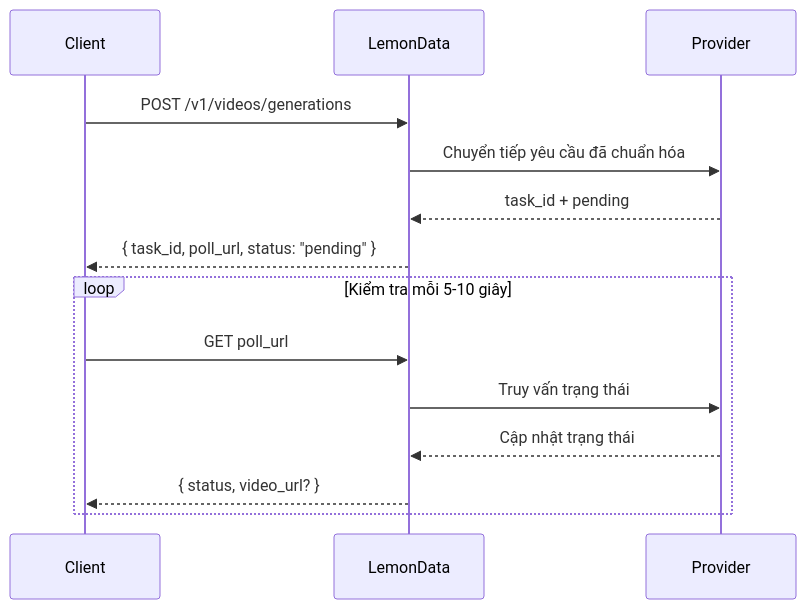
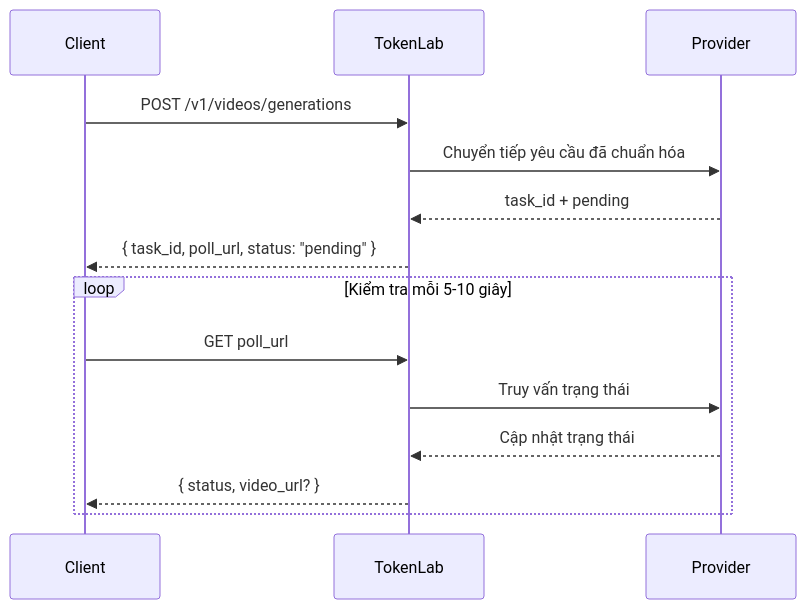
The diagram in vi/guides/video-generation.mdx (hedging8563/lemondata-docs), drawn with Mermaid before and after one commit. The commit also changed other lines of this file and 858 other files, not shown here.

````diff
--- a/vi/guides/video-generation.mdx
+++ b/vi/guides/video-generation.mdx
@@ -24,18 +24,18 @@
 ```mermaid
 sequenceDiagram
     participant Client
-    participant LemonData
+    participant TokenLab
     participant Provider
 
-    Client->>LemonData: POST /v1/videos/generations
-    LemonData->>Provider: Chuyển tiếp yêu cầu đã chuẩn hóa
-    Provider-->>LemonData: task_id + pending
-    LemonData-->>Client: { task_id, poll_url, status: "pending" }
+    Client->>TokenLab: POST /v1/videos/generations
+    TokenLab->>Provider: Chuyển tiếp yêu cầu đã chuẩn hóa
+    Provider-->>TokenLab: task_id + pending
+    TokenLab-->>Client: { task_id, poll_url, status: "pending" }
 
     loop Kiểm tra mỗi 5-10 giây
-        Client->>LemonData: GET poll_url
-        LemonData->>Provider: Truy vấn trạng thái
-        Provider-->>LemonData: Cập nhật trạng thái
-        LemonData-->>Client: { status, video_url? }
+        Client->>TokenLab: GET poll_url
+        TokenLab->>Provider: Truy vấn trạng thái
+        Provider-->>TokenLab: Cập nhật trạng thái
+        TokenLab-->>Client: { status, video_url? }
     end
 ```
````
